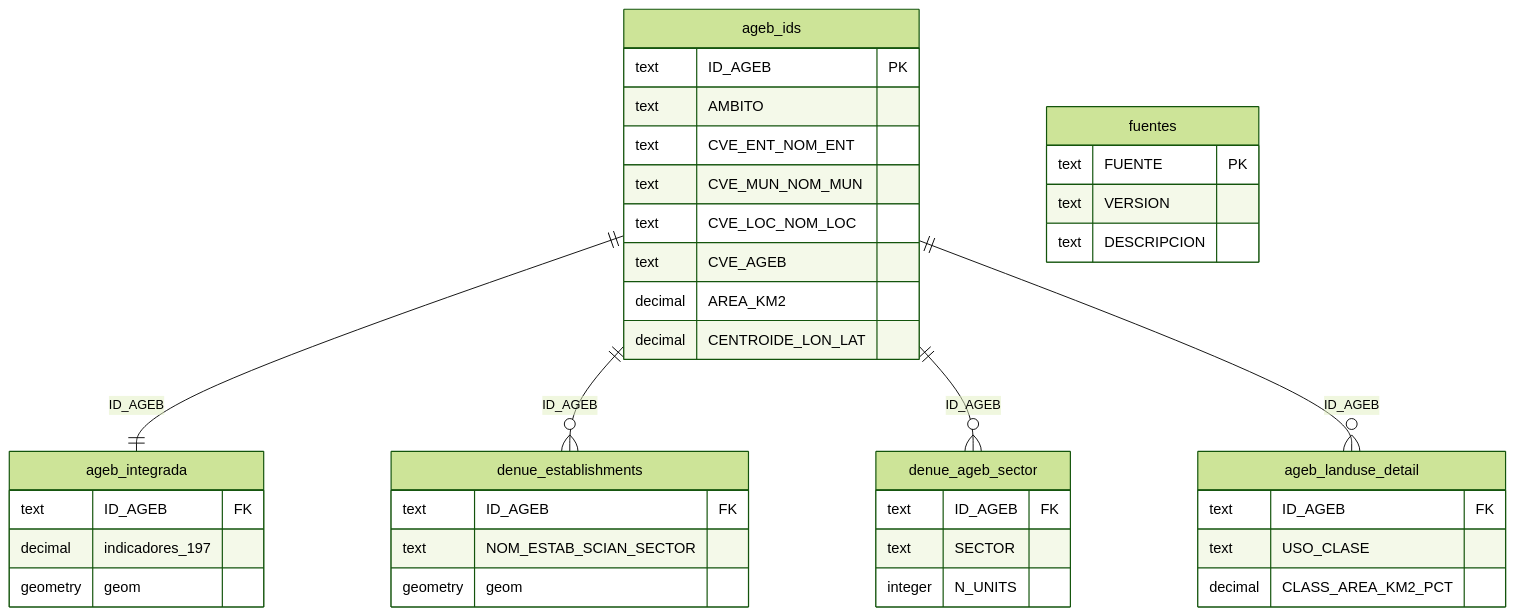
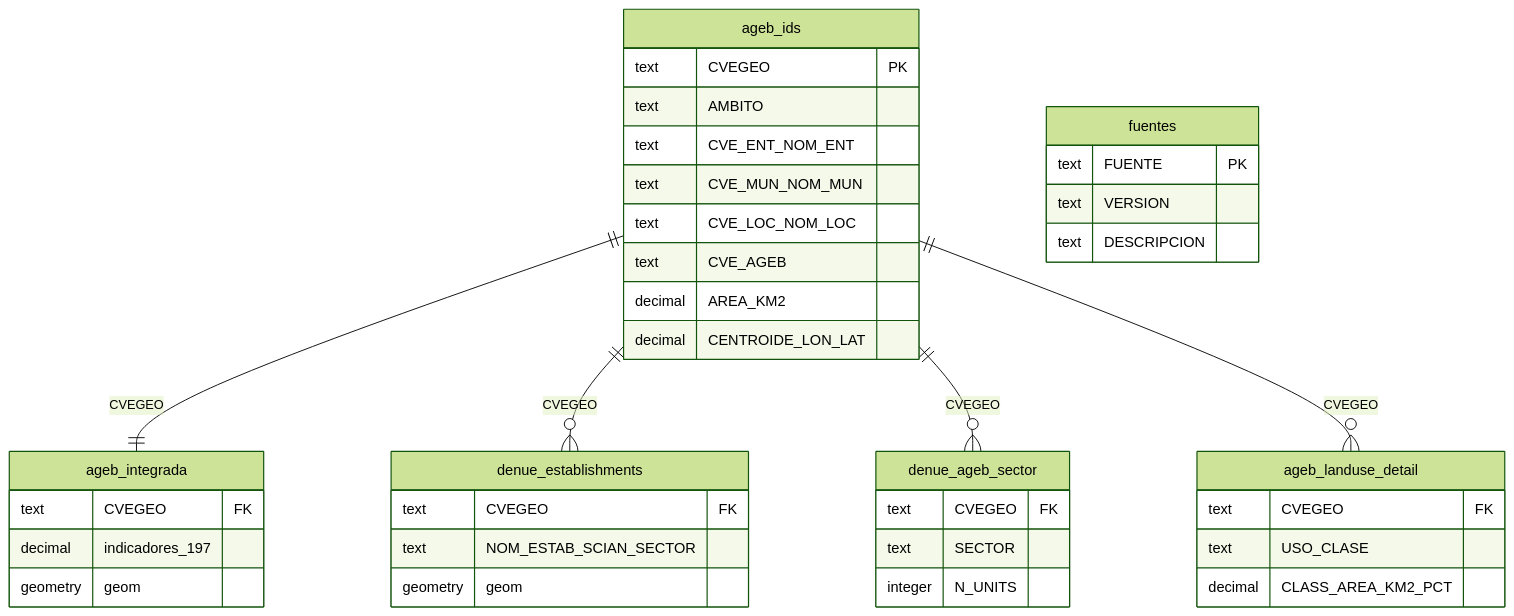
Before and after one commit to sisepuede-framework/adaptation-ageb-data: the diagram in README.md, drawn with Mermaid (forest theme). The commit also changed other lines of this file and 28 other files, not shown here.

````diff
--- a/README.md
+++ b/README.md
@@ -183,43 +183,43 @@
 ```mermaid
 erDiagram
-    ageb_ids ||--|| ageb_integrada       : ID_AGEB
-    ageb_ids ||--o{ denue_establishments : ID_AGEB
-    ageb_ids ||--o{ denue_ageb_sector    : ID_AGEB
-    ageb_ids ||--o{ ageb_landuse_detail  : ID_AGEB
+    ageb_ids ||--|| ageb_integrada       : CVEGEO
+    ageb_ids ||--o{ denue_establishments : CVEGEO
+    ageb_ids ||--o{ denue_ageb_sector    : CVEGEO
+    ageb_ids ||--o{ ageb_landuse_detail  : CVEGEO
 
     ageb_ids {
-        text     ID_AGEB PK
+        text     CVEGEO PK
         text     AMBITO
         text     CVE_ENT_NOM_ENT
         text     CVE_MUN_NOM_MUN
         text     CVE_LOC_NOM_LOC
         text     CVE_AGEB
         decimal  AREA_KM2
         decimal  CENTROIDE_LON_LAT
     }
     ageb_integrada {
-        text     ID_AGEB FK
+        text     CVEGEO FK
         decimal  indicadores_197
         geometry geom
     }
     fuentes {
         text     FUENTE PK
         text     VERSION
         text     DESCRIPCION
     }
     denue_establishments {
-        text     ID_AGEB FK
+        text     CVEGEO FK
         text     NOM_ESTAB_SCIAN_SECTOR
         geometry geom
     }
     denue_ageb_sector {
-        text     ID_AGEB FK
+        text     CVEGEO FK
         text     SECTOR
         integer  N_UNITS
     }
     ageb_landuse_detail {
-        text     ID_AGEB FK
+        text     CVEGEO FK
         text     USO_CLASE
         decimal  CLASS_AREA_KM2_PCT
     }
 ```
````
